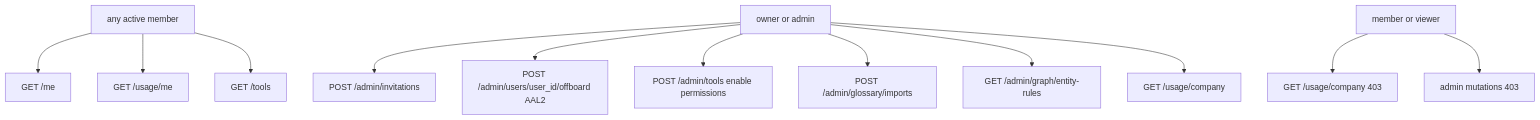
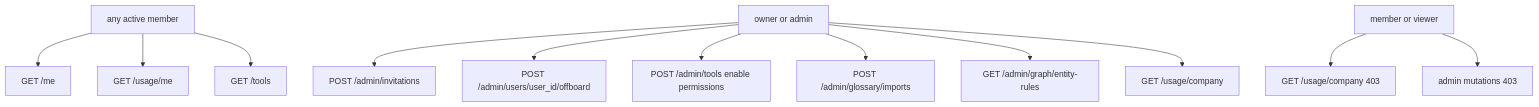
One commit to Nagdy8888/smart-rag changed the diagram in docs/frontend/ADMINISTRATION.md. Above: the diagram before and after it, drawn with Mermaid. The commit also changed other lines of this file and 27 other files, not shown here.

````diff
--- a/docs/frontend/ADMINISTRATION.md
+++ b/docs/frontend/ADMINISTRATION.md
@@ -49,14 +49,14 @@
 ```mermaid
 flowchart TD
   anyMember["any active member"] --> meGet["GET /me"]
   anyMember --> usageMe["GET /usage/me"]
   anyMember --> toolsGet["GET /tools"]
   ownerAdmin["owner or admin"] --> invitePost["POST /admin/invitations"]
-  ownerAdmin --> offboardPost["POST /admin/users/user_id/offboard AAL2"]
+  ownerAdmin --> offboardPost["POST /admin/users/user_id/offboard"]
   ownerAdmin --> toolAdmin["POST /admin/tools enable permissions"]
   ownerAdmin --> glossaryPost["POST /admin/glossary/imports"]
   ownerAdmin --> rulesGet["GET /admin/graph/entity-rules"]
   ownerAdmin --> usageCompany["GET /usage/company"]
   memberViewer["member or viewer"] --> company403["GET /usage/company 403"]
   memberViewer --> mutate403["admin mutations 403"]
 ```
````
